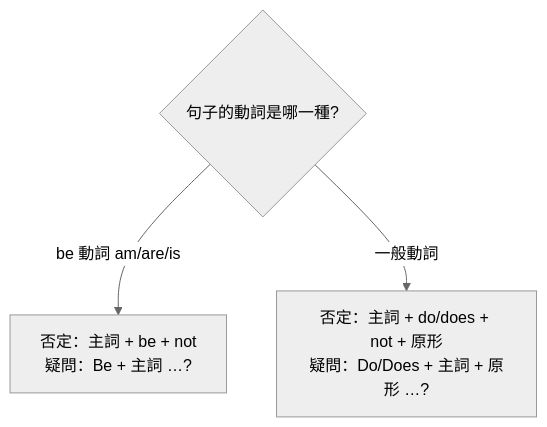
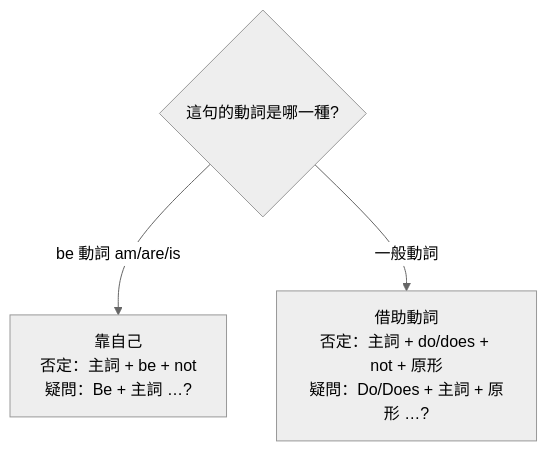
The diagram in 02 謝孟媛英文文法/初級文法/02 be 動詞、一般動詞（現在式）.md (aquariusCCA/english-learning-system), drawn with Mermaid (neutral theme) before and after one commit. The commit also changed other lines of this file, not shown here.

First line of the commit message:
docs(初級文法): 02 be動詞、一般動詞（現在式）教學型重構

````diff
--- a/02 謝孟媛英文文法/初級文法/02 be 動詞、一般動詞（現在式）.md
+++ b/02 謝孟媛英文文法/初級文法/02 be 動詞、一般動詞（現在式）.md
@@ -176,5 +35,5 @@
 ```mermaid
 graph TD
-  Q{句子的動詞是哪一種?} -->|be 動詞 am/are/is| B["否定：主詞 + be + not<br/>疑問：Be + 主詞 …?"]
-  Q -->|一般動詞| G["否定：主詞 + do/does + not + 原形<br/>疑問：Do/Does + 主詞 + 原形 …?"]
+  Q{這句的動詞是哪一種?} -->|be 動詞 am/are/is| B["靠自己<br/>否定：主詞 + be + not<br/>疑問：Be + 主詞 …?"]
+  Q -->|一般動詞| G["借助動詞<br/>否定：主詞 + do/does + not + 原形<br/>疑問：Do/Does + 主詞 + 原形 …?"]
 ```
````
